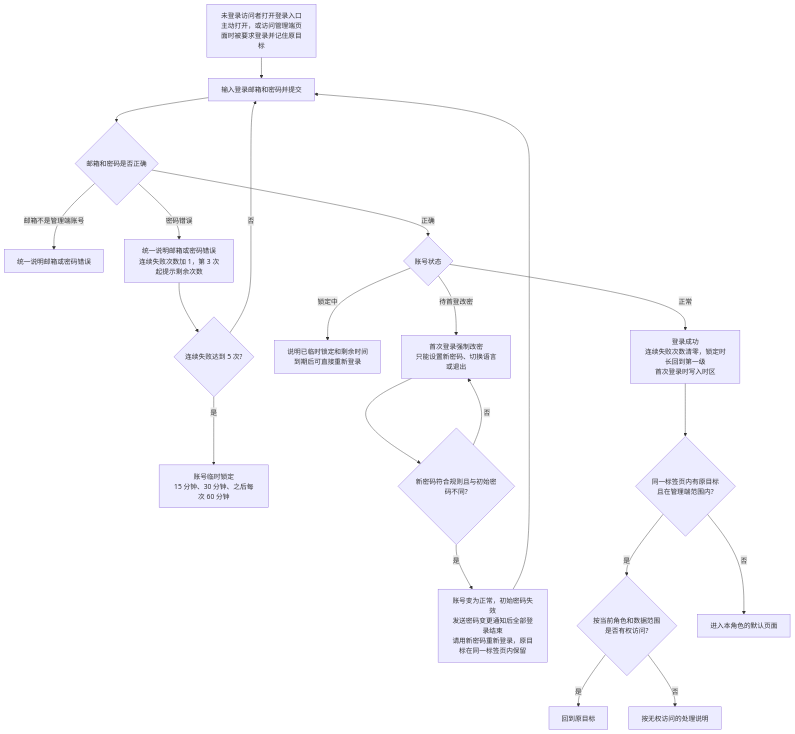
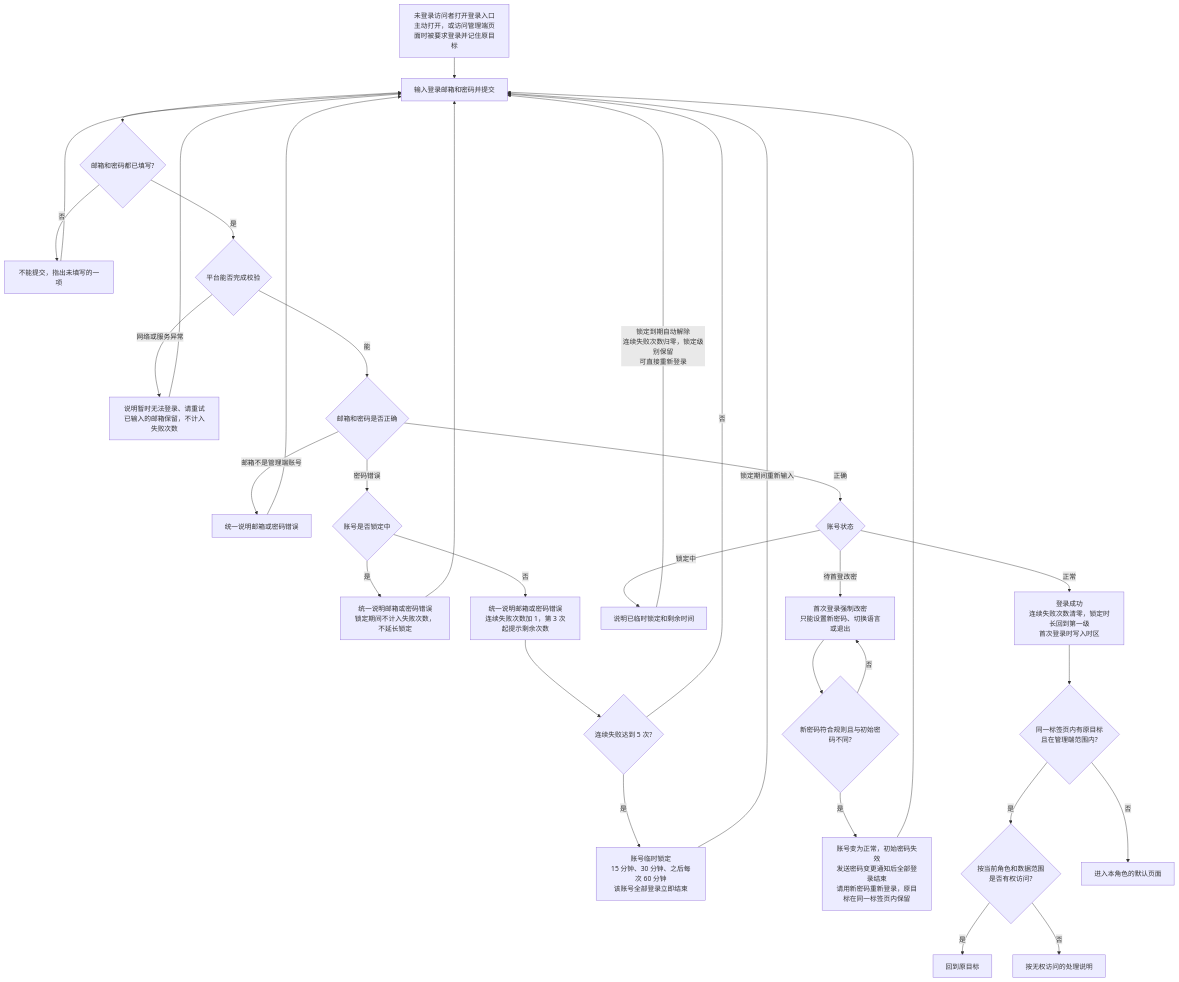
Before and after one commit to wxblockchain/Chain-Financing: the first of 9 diagrams in token-issuance-platform/PRD/管理端/M5-管理端登录与权限/02-管理端登录与权限-流程图与状态机.md, drawn with Mermaid. The commit also changed other lines of this file and 35 other files, not shown here.

````diff
--- a/token-issuance-platform/PRD/管理端/M5-管理端登录与权限/02-管理端登录与权限-流程图与状态机.md
+++ b/token-issuance-platform/PRD/管理端/M5-管理端登录与权限/02-管理端登录与权限-流程图与状态机.md
@@ -22,23 +22,35 @@
 ```mermaid
 flowchart TD
     A[未登录访问者打开登录入口<br/>主动打开，或访问管理端页面时被要求登录并记住原目标] --> B[输入登录邮箱和密码并提交]
-    B --> C{邮箱和密码是否正确}
+    B --> B1{邮箱和密码都已填写?}
+    B1 -->|否| B2[不能提交，指出未填写的一项]
+    B2 --> B
+    B1 -->|是| B3{平台能否完成校验}
+    B3 -->|网络或服务异常| B4[说明暂时无法登录、请重试<br/>已输入的邮箱保留，不计入失败次数]
+    B4 --> B
+    B3 -->|能| C{邮箱和密码是否正确}
     C -->|邮箱不是管理端账号| D[统一说明邮箱或密码错误]
-    C -->|密码错误| E[统一说明邮箱或密码错误<br/>连续失败次数加 1，第 3 次起提示剩余次数]
+    D --> B
+    C -->|密码错误| E0{账号是否锁定中}
+    E0 -->|是| E3[统一说明邮箱或密码错误<br/>锁定期间不计入失败次数，不延长锁定]
+    E3 --> B
+    E0 -->|否| E[统一说明邮箱或密码错误<br/>连续失败次数加 1，第 3 次起提示剩余次数]
     E --> E1{连续失败达到 5 次?}
     E1 -->|否| B
-    E1 -->|是| E2[账号临时锁定<br/>15 分钟、30 分钟、之后每次 60 分钟]
+    E1 -->|是| E2[账号临时锁定<br/>15 分钟、30 分钟、之后每次 60 分钟<br/>该账号全部登录立即结束]
+    E2 -->|锁定期间重新输入| B
     C -->|正确| F{账号状态}
-    F -->|锁定中| G[说明已临时锁定和剩余时间<br/>到期后可直接重新登录]
+    F -->|锁定中| G[说明已临时锁定和剩余时间]
+    G -->|锁定到期自动解除<br/>连续失败次数归零，锁定级别保留<br/>可直接重新登录| B
     F -->|待首登改密| H[首次登录强制改密<br/>只能设置新密码、切换语言或退出]
     H --> H1{新密码符合规则且与初始密码不同?}
     H1 -->|否| H
     H1 -->|是| H2[账号变为正常，初始密码失效<br/>发送密码变更通知后全部登录结束<br/>请用新密码重新登录，原目标在同一标签页内保留]
     H2 --> B
     F -->|正常| I[登录成功<br/>连续失败次数清零，锁定时长回到第一级<br/>首次登录时写入时区]
     I --> J{同一标签页内有原目标<br/>且在管理端范围内?}
     J -->|是| K{按当前角色和数据范围<br/>是否有权访问?}
     K -->|是| L[回到原目标]
     K -->|否| M[按无权访问的处理说明]
     J -->|否| N[进入本角色的默认页面]
 ```
````
